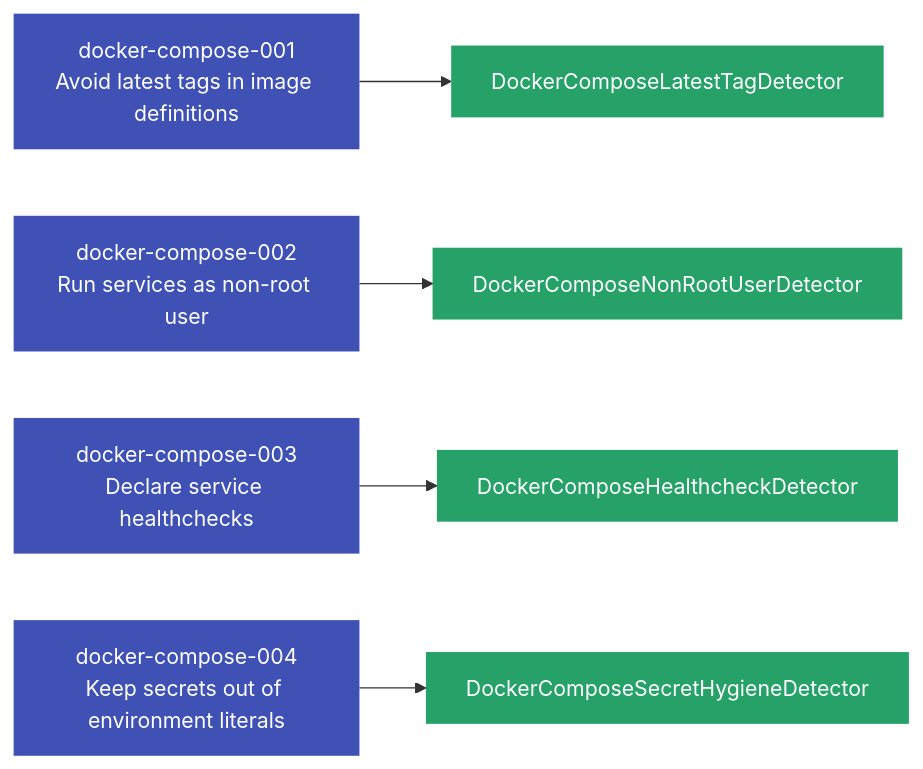
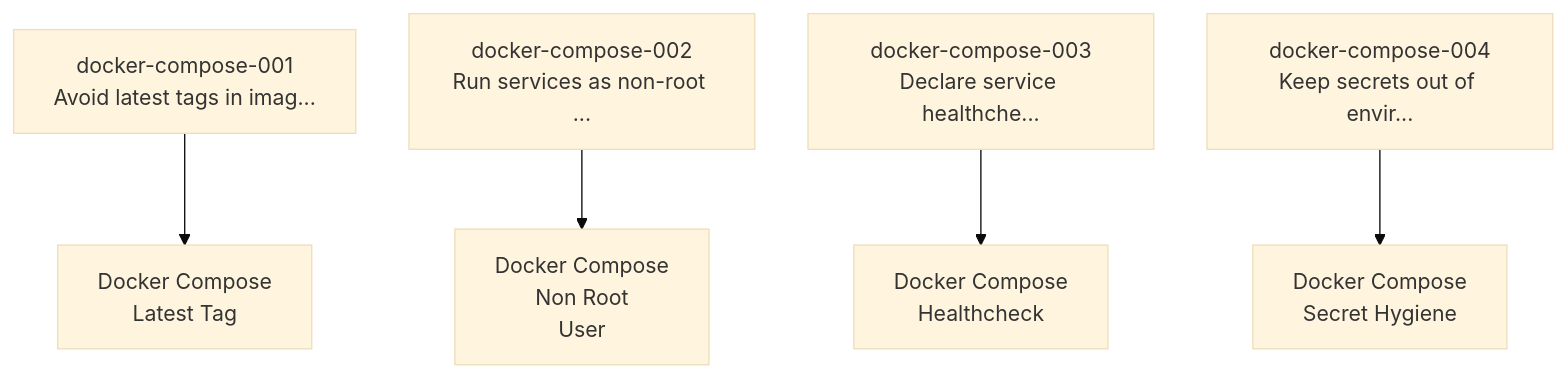
Before and after one commit to Anselmoo/mcp-zen-of-languages: the first of 4 diagrams in docs/user-guide/languages/docker-compose.md, drawn with Mermaid. The commit also changed other lines of this file and 23 other files, not shown here.

First line of the commit message:
fix(docs): repair Mermaid contrast, text overflow, and expand diagram coverage (#137)

````diff
--- a/docs/user-guide/languages/docker-compose.md
+++ b/docs/user-guide/languages/docker-compose.md
@@ -111,25 +111,16 @@
     ```mermaid
-    graph LR
-    docker_compose_001["docker-compose-001<br/>Avoid latest tags in image definitions"]
-    docker_compose_002["docker-compose-002<br/>Run services as non-root user"]
-    docker_compose_003["docker-compose-003<br/>Declare service healthchecks"]
-    docker_compose_004["docker-compose-004<br/>Keep secrets out of environment literals"]
-    det_DockerComposeHealthcheckDetector["DockerComposeHealthcheckDetector"]
+    %%{init: {"theme": "base", "flowchart": {"useMaxWidth": false, "htmlLabels": true, "nodeSpacing": 40, "rankSpacing": 60}}}%%
+    graph TD
+    docker_compose_001["docker-compose-001<br/>Avoid latest tags in imag..."]
+    docker_compose_002["docker-compose-002<br/>Run services as non-root ..."]
+    docker_compose_003["docker-compose-003<br/>Declare service healthche..."]
+    docker_compose_004["docker-compose-004<br/>Keep secrets out of envir..."]
+    det_DockerComposeHealthcheckDetector["Docker Compose<br/>Healthcheck"]
     docker_compose_003 --> det_DockerComposeHealthcheckDetector
-    det_DockerComposeLatestTagDetector["DockerComposeLatestTagDetector"]
+    det_DockerComposeLatestTagDetector["Docker Compose<br/>Latest Tag"]
     docker_compose_001 --> det_DockerComposeLatestTagDetector
-    det_DockerComposeNonRootUserDetector["DockerComposeNonRootUserDetector"]
+    det_DockerComposeNonRootUserDetector["Docker Compose<br/>Non Root<br/>User"]
     docker_compose_002 --> det_DockerComposeNonRootUserDetector
-    det_DockerComposeSecretHygieneDetector["DockerComposeSecretHygieneDetector"]
+    det_DockerComposeSecretHygieneDetector["Docker Compose<br/>Secret Hygiene"]
     docker_compose_004 --> det_DockerComposeSecretHygieneDetector
-    classDef principle fill:#4051b5,color:#fff,stroke:none
-    classDef detector fill:#26a269,color:#fff,stroke:none
-    class docker_compose_001 principle
-    class docker_compose_002 principle
-    class docker_compose_003 principle
-    class docker_compose_004 principle
-    class det_DockerComposeHealthcheckDetector detector
-    class det_DockerComposeLatestTagDetector detector
-    class det_DockerComposeNonRootUserDetector detector
-    class det_DockerComposeSecretHygieneDetector detector
     ```
````
